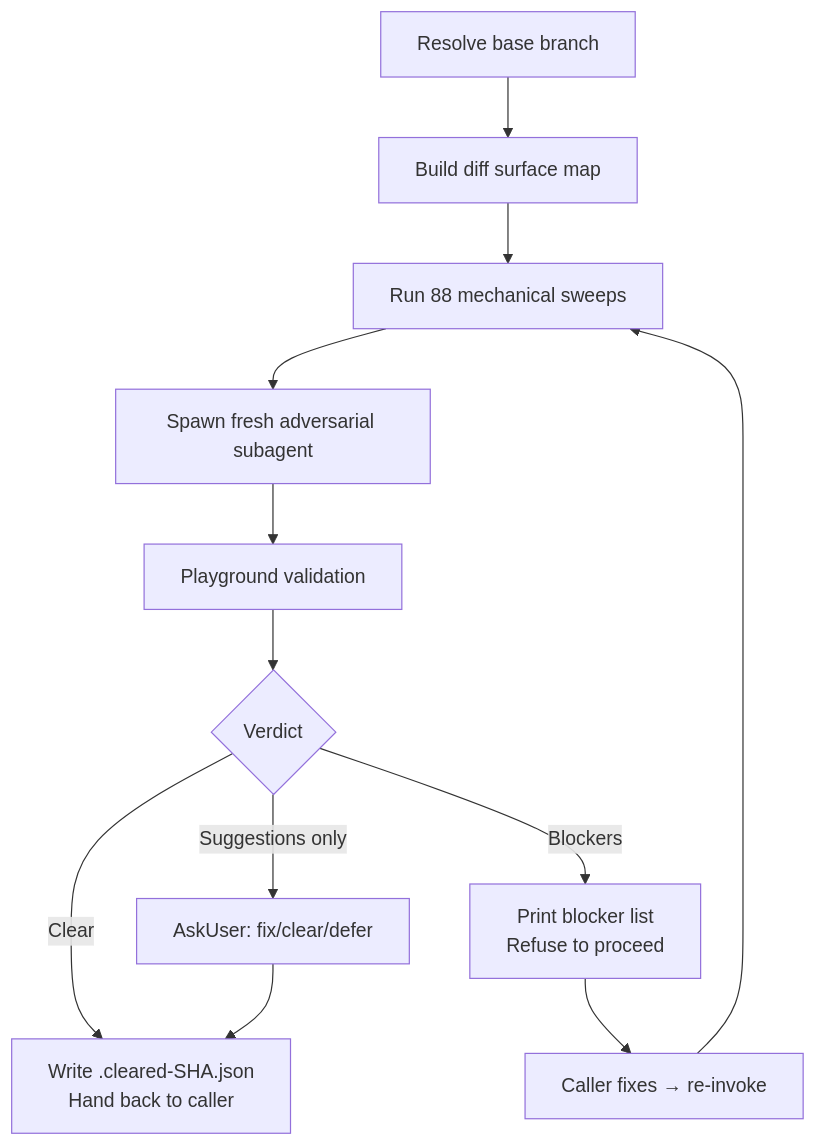
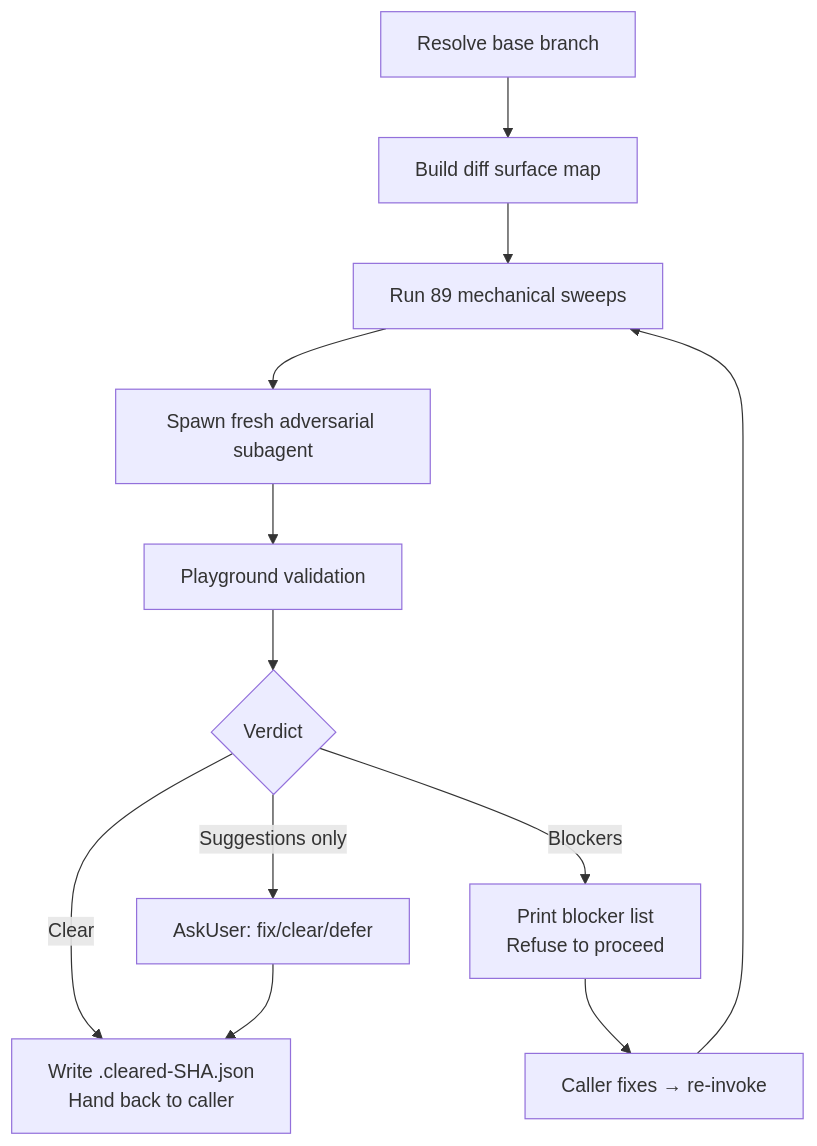
The diagram in skills/adversarial-review/README.md (whizzzkid/skills), drawn with Mermaid before and after one commit. The commit also changed other lines of this file and 8 other files, not shown here.

````diff
--- a/skills/adversarial-review/README.md
+++ b/skills/adversarial-review/README.md
@@ -16,14 +16,14 @@
 ```mermaid
 flowchart TD
     A[Resolve base branch] --> B[Build diff surface map]
-    B --> C[Run 88 mechanical sweeps]
+    B --> C[Run 89 mechanical sweeps]
     C --> D[Spawn fresh adversarial subagent]
     D --> E[Playground validation]
     E --> F{Verdict}
     F -->|Clear| G[Write .cleared-SHA.json<br/>Hand back to caller]
     F -->|Blockers| H[Print blocker list<br/>Refuse to proceed]
     F -->|Suggestions only| I[AskUser: fix/clear/defer]
     H --> J[Caller fixes → re-invoke]
     J --> C
     I --> G
 ```
````
